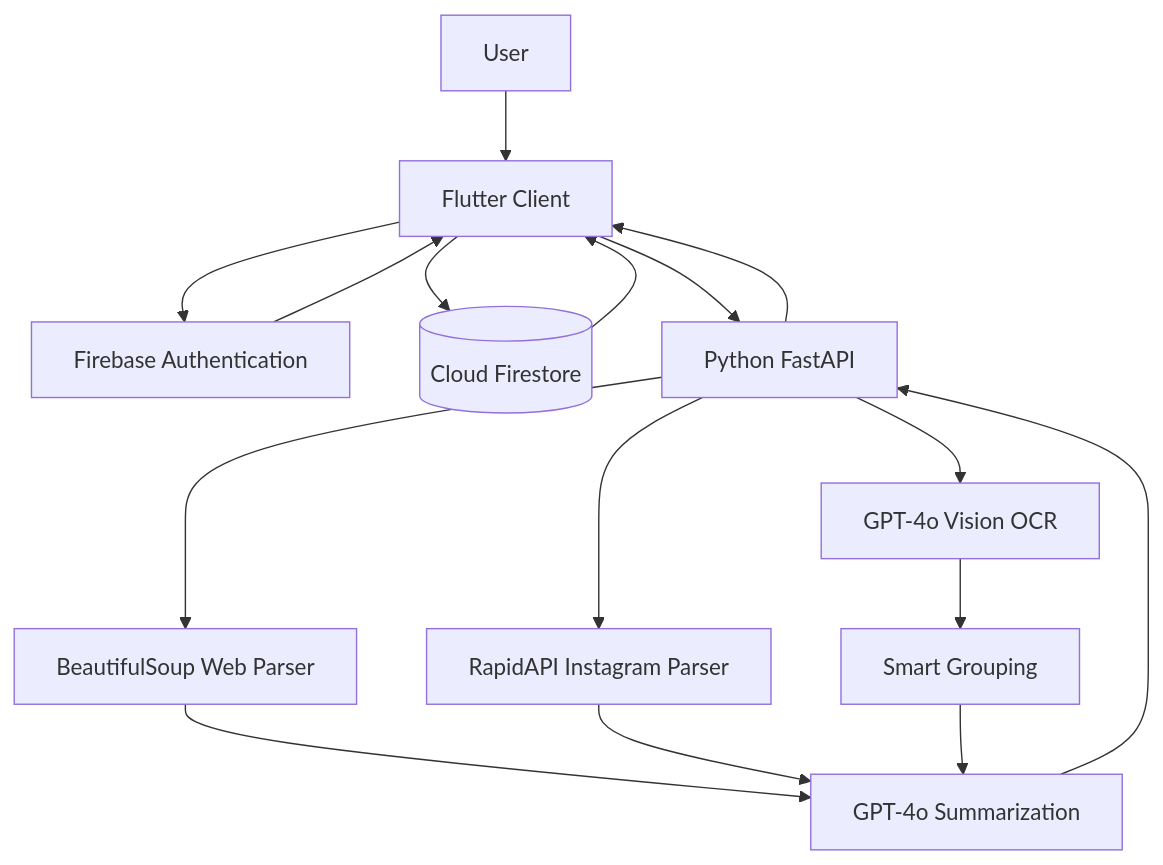
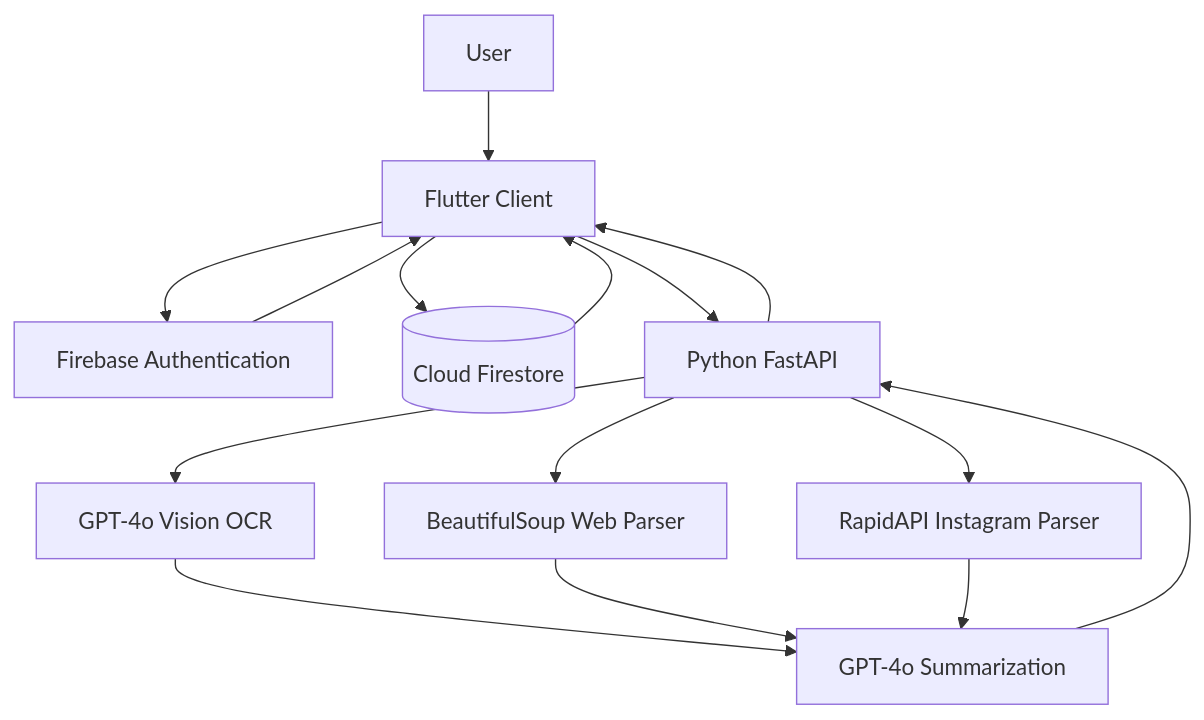
Before and after one commit to edd1e-kim/DKU-2026-REMIND: the second of 2 diagrams in README.md, drawn with Mermaid. The commit also changed other lines of this file, not shown here.

````diff
--- a/README.md
+++ b/README.md
@@ -137,29 +137,27 @@
 ```mermaid
 flowchart TB
     U[User]
     F[Flutter Client]
     A[Firebase Authentication]
     DB[(Cloud Firestore)]
     API[Python FastAPI]
     WEB[BeautifulSoup Web Parser]
     IG[RapidAPI Instagram Parser]
     OCR[GPT-4o Vision OCR]
-    GROUP[Smart Grouping]
     SUM[GPT-4o Summarization]
 
     U --> F
     F --> A
     A --> F
     F --> API
     API --> WEB
     API --> IG
     API --> OCR
-    OCR --> GROUP
+    OCR --> SUM
     WEB --> SUM
     IG --> SUM
-    GROUP --> SUM
     SUM --> API
     API --> F
     F --> DB
     DB --> F
 ```
````
